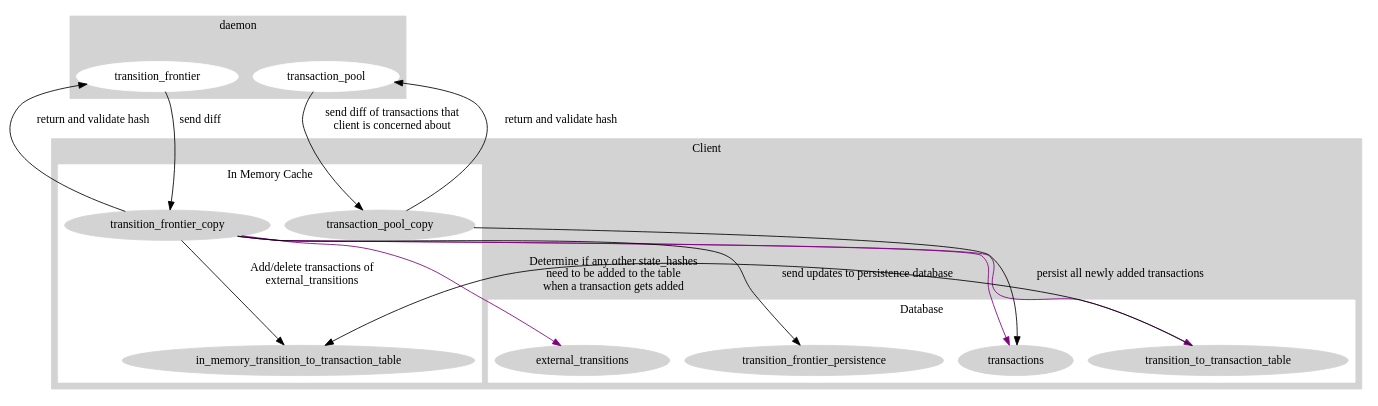
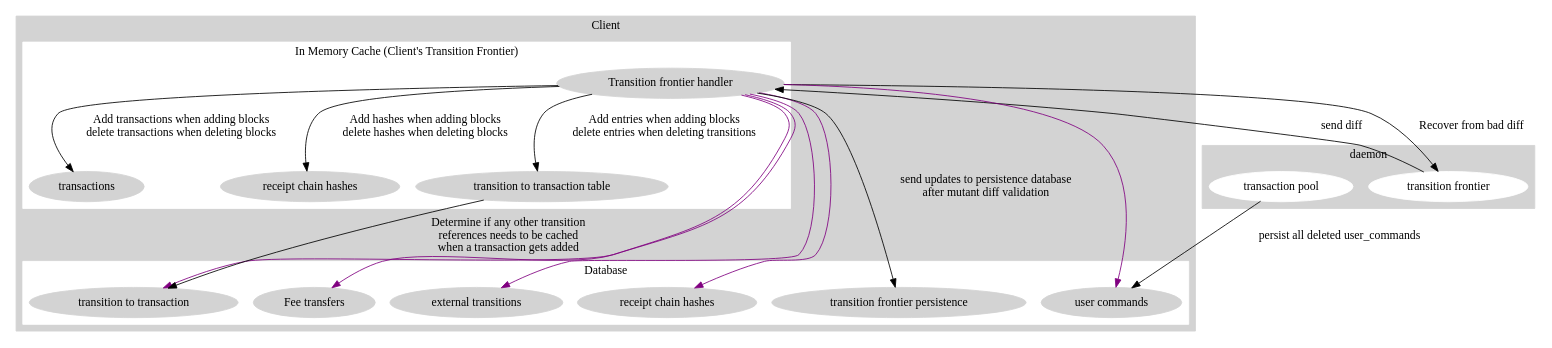
One commit to MinaProtocol/mina changed the diagram in docs/res/client_process.dot. Above: the diagram before and after it, drawn with Graphviz. The commit also changed 2 other files, not shown here.

Commit message:
Adding in-memory optimizations to rfc

```diff
--- a/docs/res/client_process.dot
+++ b/docs/res/client_process.dot
@@ -1,58 +1,60 @@
 digraph client_process {
-    	subgraph cluster_0 {
+    subgraph cluster_0 {
 		style=filled;
 		color=lightgrey;
 		node [style=filled,color=white];
-		transition_frontier;
-        transaction_pool;
+		transition_frontier [label="transition frontier"];
+        transaction_pool [label="transaction pool"];
 		label = "daemon";
 	}
 
     subgraph cluster_1 {
 		style=filled;
 		color=lightgrey;
+
 		node [style=filled,color=white];
 
         subgraph cluster_3 {
             style=filled;
             color=white
             node [style=filled,color=lightgrey];
-            transition_frontier_copy;
-            
-            transaction_pool_copy;
-            in_memory_transition_to_transaction_table;
-            label = "In Memory Cache"
+                transition_frontier_copy [label="Transition frontier handler"];
+                in_memory_receipt_chain_table [label="receipt chain hashes"];
+                in_memory_transition_to_transaction_table [label="transition to transaction table"];
+                in_memory_transactions [label="transactions"]
+            label = "In Memory Cache (Client's Transition Frontier)"
         }
-		label = "Client";
 
         subgraph cluster_2 {
             style=filled;
             color=white
             node [style=filled,color=lightgrey];
-            external_transitions;
-            transactions;
-            transition_to_transaction_table;
-            transition_frontier_persistence;
+            external_transitions [label="external transitions"];
+            user_commands [label="user commands"];
+            receipt_chain_table [label="receipt chain hashes"];
+            transition_to_transaction_table [label="transition to transaction"];
+            transition_frontier_persistence [label="transition frontier persistence"];
+            fee_transfers [label="Fee transfers"];
             label = "Database"
         }
 
-        
+        label = "Client";        
 	}
 
     // maybe have an account database that tells you the nonce of the transaction so that the 
     // in_memory_transition_to_transaction_table does not have to make a lot of calls to transition_to_transaction_table
     
-    transition_frontier_copy -> transition_frontier_persistence [ label="send updates to persistence database" ]
-    transition_frontier_copy -> in_memory_transition_to_transaction_table [ label="Add/delete transactions of\nexternal_transitions" ]
+    transition_frontier_copy -> transition_frontier_persistence [ label="send updates to persistence database\nafter mutant diff validation" ]
+    transition_frontier_copy -> in_memory_transition_to_transaction_table [ label="Add entries when adding blocks\ndelete entries when deleting transitions" ]
+    transition_frontier_copy -> in_memory_receipt_chain_table [ label="Add hashes when adding blocks\ndelete hashes when deleting blocks"]
+    transition_frontier_copy -> in_memory_transactions [ label="Add transactions when adding blocks\ndelete transactions when deleting blocks"]
     
-    {transition_frontier_copy} -> {external_transitions, transactions, transition_to_transaction_table} [color=purple]
-    transition_to_transaction_table -> in_memory_transition_to_transaction_table  [label="Determine if any other state_hashes\nneed to be added to the table\n when a transaction gets added "]
+    {transition_frontier_copy} -> {external_transitions, user_commands, transition_to_transaction_table, receipt_chain_table, fee_transfers} [color=purple]
+    in_memory_transition_to_transaction_table -> transition_to_transaction_table  [label="Determine if any other transition \n references needs to be cached \n when a transaction gets added "]
 
-    transaction_pool_copy -> transactions [label="persist all newly added transactions"]
+    transaction_pool -> user_commands [label="persist all deleted user_commands"]
     transition_frontier -> transition_frontier_copy [ label="send diff" ]
-    transition_frontier_copy -> transition_frontier [ label="return and validate hash" ]
-    transaction_pool -> transaction_pool_copy [ label="send diff of transactions that\nclient is concerned about" ]
-    transaction_pool_copy -> transaction_pool [ label="return and validate hash" ]
+    transition_frontier_copy -> transition_frontier [ label="Recover from bad diff" ]
 
 
 }
```
